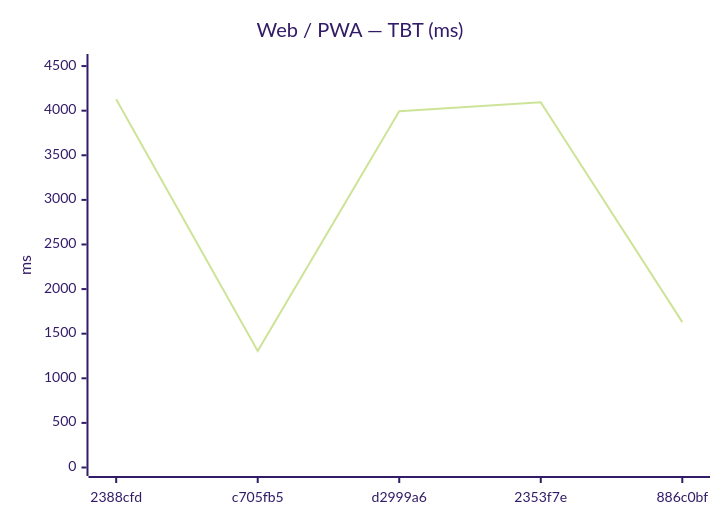
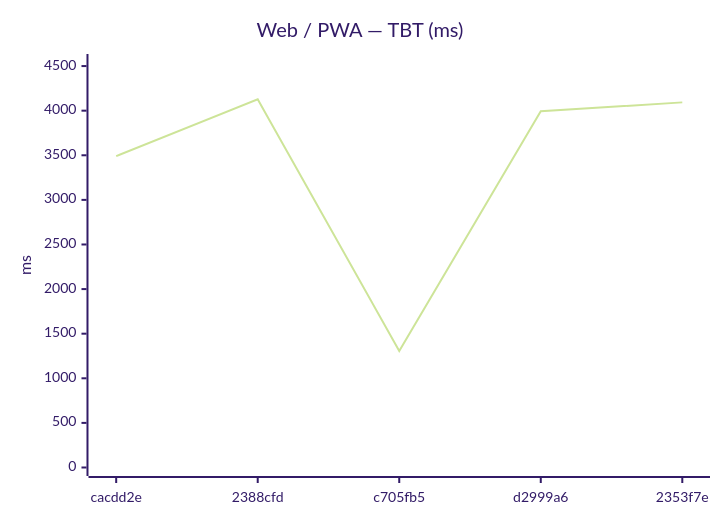
One commit to Metaheurist/Rianell changed the sixth of 12 diagrams in benchmarks/compare.md. Above: the diagram before and after it, drawn with Mermaid (forest theme). The commit also changed other lines of this file and 8 other files, not shown here.

````diff
--- a/benchmarks/compare.md
+++ b/benchmarks/compare.md
@@ -89,7 +89,7 @@
 ```mermaid
 xychart-beta
     title "Web / PWA — TBT (ms)"
-    x-axis ["2388cfd", "c705fb5", "d2999a6", "2353f7e", "886c0bf"]
+    x-axis ["cacdd2e", "2388cfd", "c705fb5", "d2999a6", "2353f7e"]
     y-axis "ms" 0 --> 4540
-    line [4127, 1307, 3994, 4093, 1630]
+    line [3491, 4127, 1307, 3994, 4093]
 ```
````
